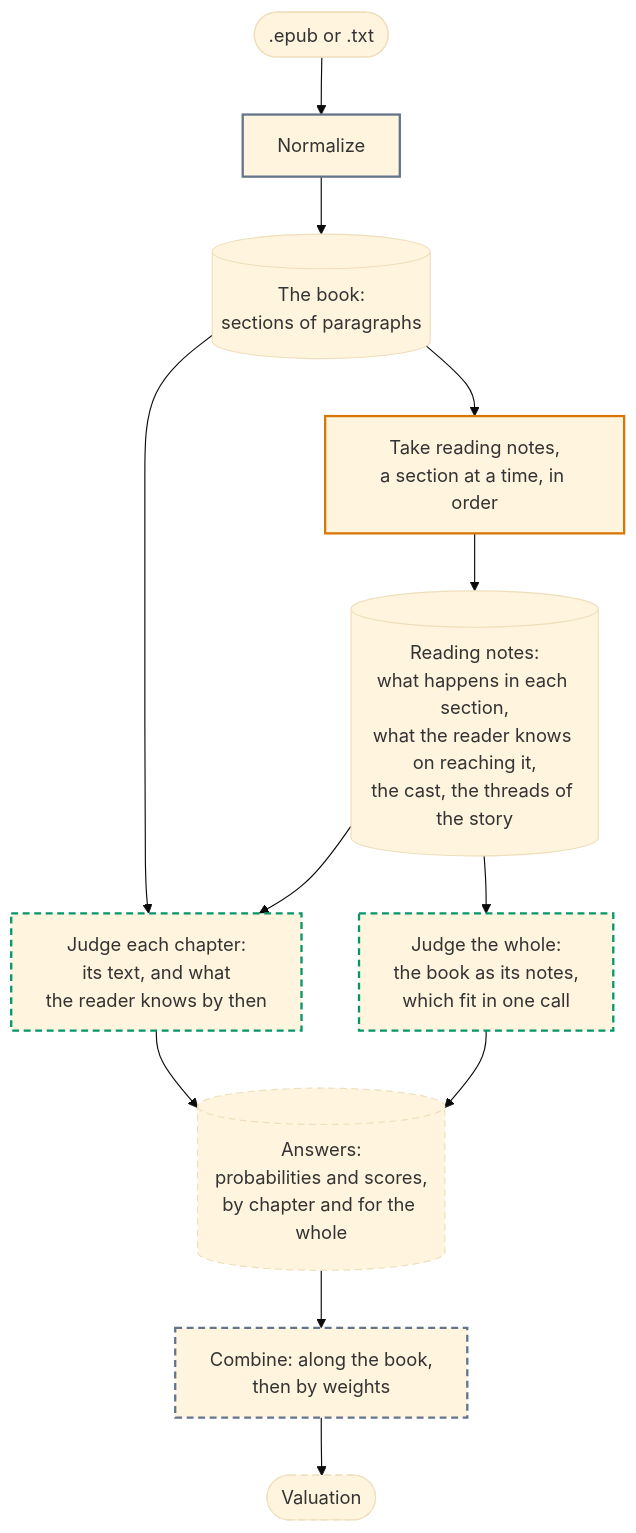
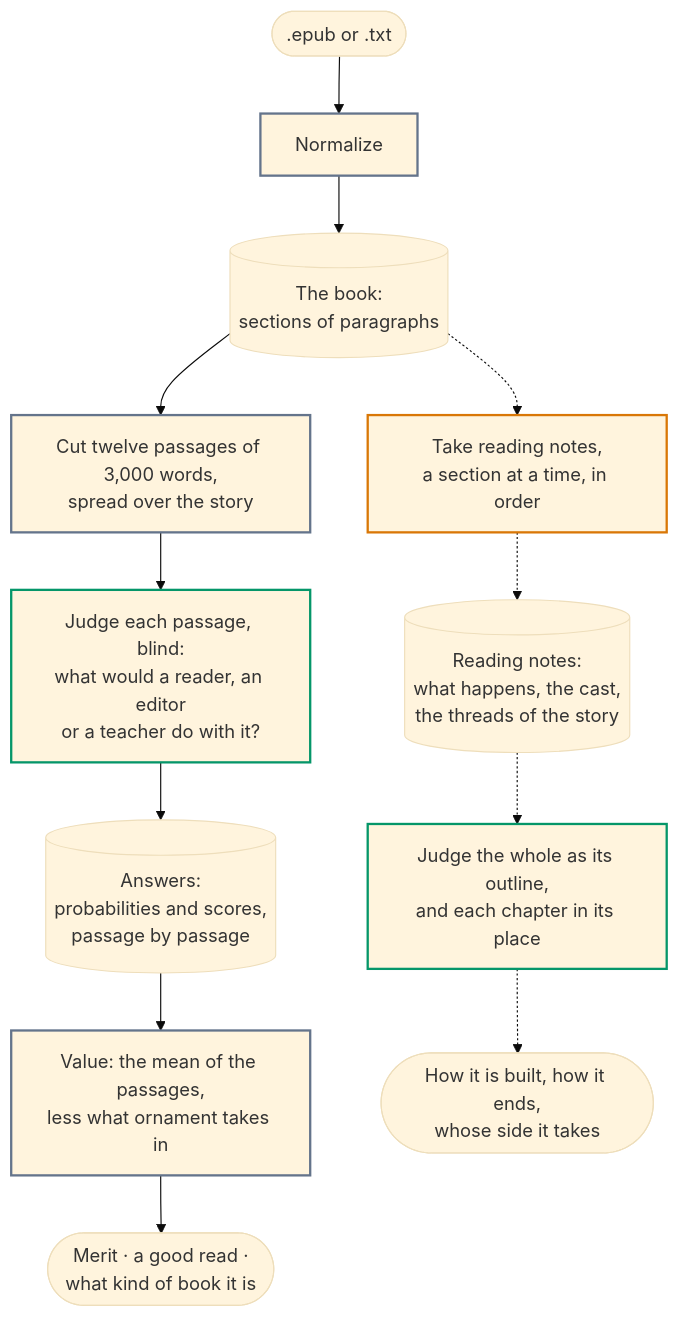
The first of 2 diagrams in docs/books/pipeline.md (elpumberto/salomon), drawn with Mermaid (base theme) before and after one commit. The commit also changed other lines of this file and 6 other files, not shown here.

Commit message:
What is known, what was run and how to read what comes out: the documents, in order

````diff
--- a/docs/books/pipeline.md
+++ b/docs/books/pipeline.md
@@ -9,27 +9,23 @@
 ```mermaid
 flowchart TD
     file([".epub or .txt"]) --> normalize["Normalize"]
     normalize --> book[("The book:<br/>sections of paragraphs")]
 
-    book --> takeNotes["Take reading notes,<br/>a section at a time, in order"]
-    takeNotes --> notes[("Reading notes:<br/>what happens in each section,<br/>what the reader knows on reaching it,<br/>the cast, the threads of the story")]
+    book --> cut["Cut twelve passages of 3,000 words,<br/>spread over the story"]
+    cut --> judge["Judge each passage, blind:<br/>what would a reader, an editor<br/>or a teacher do with it?"]
+    judge --> answers[("Answers:<br/>probabilities and scores,<br/>passage by passage")]
+    answers --> value["Value: the mean of the passages,<br/>less what ornament takes in"]
+    value --> valuation(["Merit · a good read ·<br/>what kind of book it is"])
 
-    book --> judgeChapter["Judge each chapter:<br/>its text, and what<br/>the reader knows by then"]
-    notes --> judgeChapter
-    notes --> judgeWhole["Judge the whole:<br/>the book as its notes,<br/>which fit in one call"]
-
-    judgeChapter --> answers[("Answers:<br/>probabilities and scores,<br/>by chapter and for the whole")]
-    judgeWhole --> answers
-
-    answers --> combine["Combine: along the book,<br/>then by weights"]
-    combine --> valuation(["Valuation"])
+    book -.-> takeNotes["Take reading notes,<br/>a section at a time, in order"]
+    takeNotes -.-> notes[("Reading notes:<br/>what happens, the cast,<br/>the threads of the story")]
+    notes -.-> judgeWhole["Judge the whole as its outline,<br/>and each chapter in its place"]
+    judgeWhole -.-> profile(["How it is built, how it ends,<br/>whose side it takes"])
 
     classDef code stroke:#64748b,stroke-width:2px
     classDef model stroke:#d97706,stroke-width:2px
     classDef jev stroke:#059669,stroke-width:2px
-    classDef todo stroke-dasharray:6 4
-    class normalize,combine code
+    class normalize,cut,value code
     class takeNotes model
-    class judgeChapter,judgeWhole jev
-    class judgeChapter,judgeWhole,answers,combine,valuation todo
+    class judge,judgeWhole jev
 ```
````
